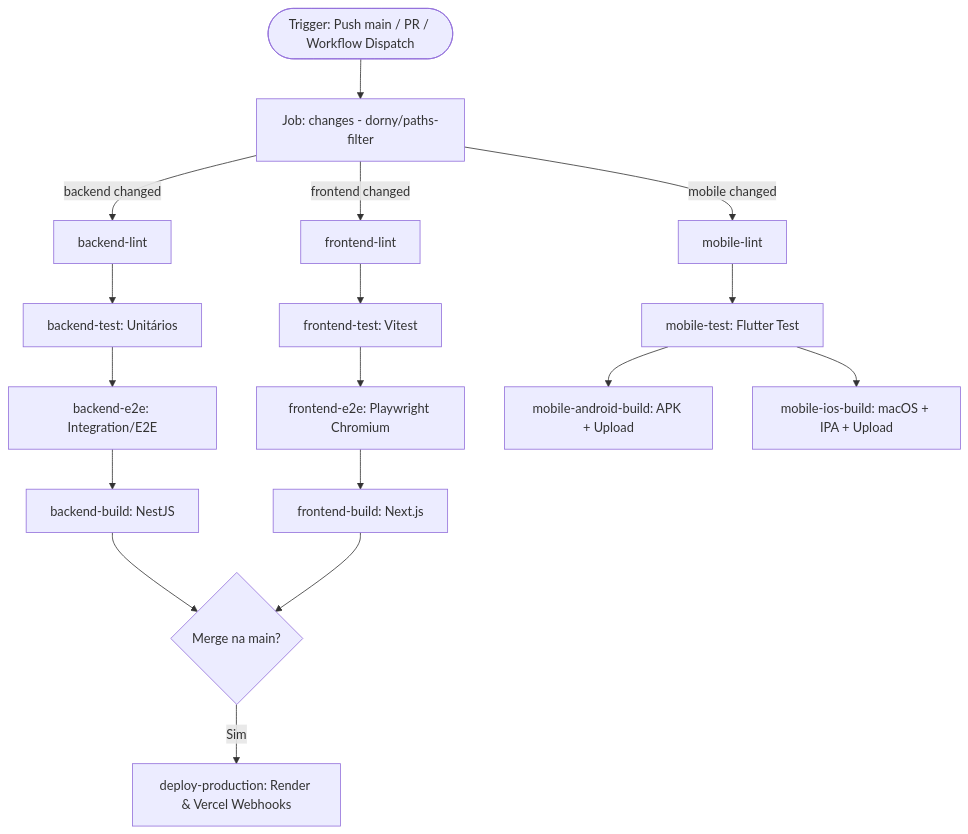
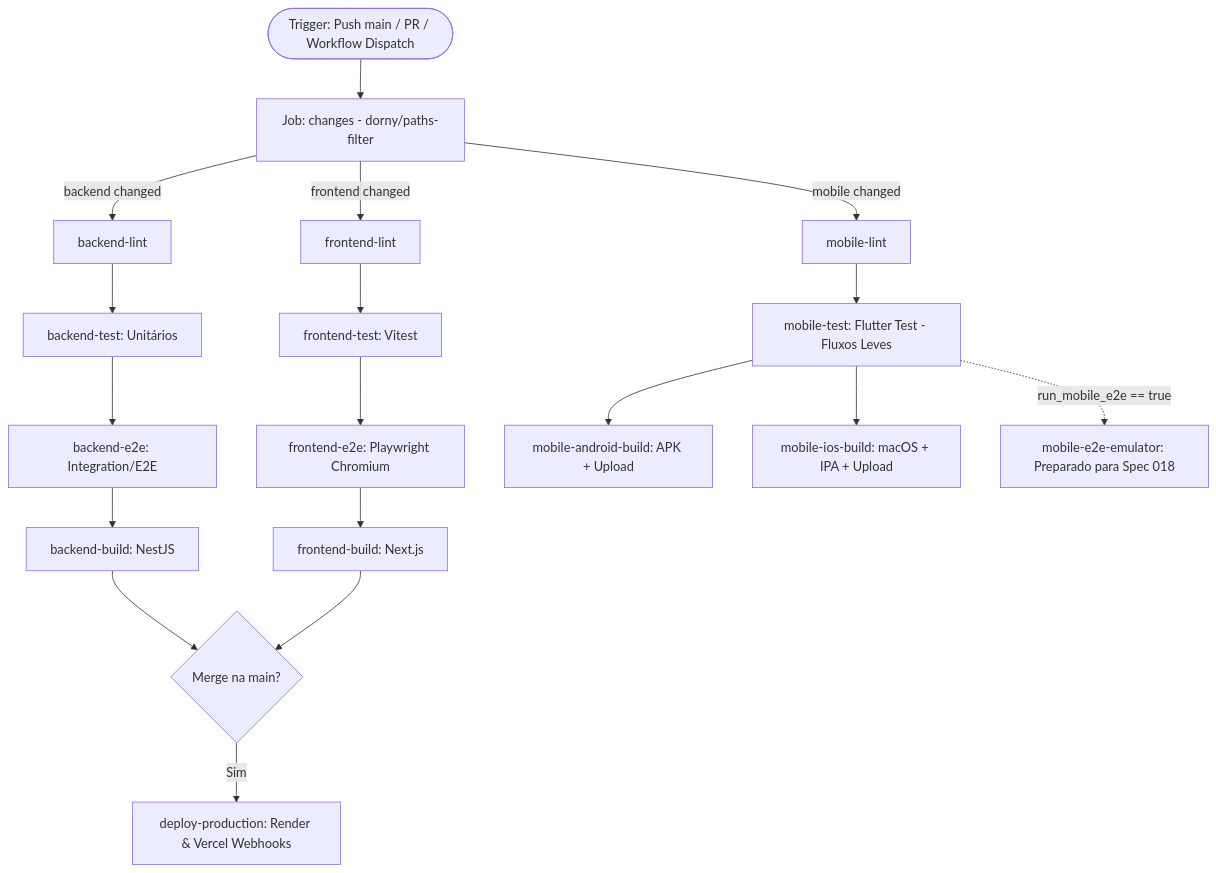
The diagram in specs/017-pipeline-cicd-unificado/plan.md (LucasDavid80/my-roadie-platform), drawn with Mermaid before and after one commit. The commit also changed other lines of this file and 2 other files, not shown here.

Commit message:
docs(ci): adicionar gancho e parametros para testes e2e mobile na spec 017

````diff
--- a/specs/017-pipeline-cicd-unificado/plan.md
+++ b/specs/017-pipeline-cicd-unificado/plan.md
@@ -7,24 +7,25 @@
 ```mermaid
 flowchart TD
     Trigger([Trigger: Push main / PR / Workflow Dispatch]) --> Changes[Job: changes - dorny/paths-filter]
 
     Changes -->|backend changed| BackendLint[backend-lint]
     Changes -->|frontend changed| FrontendLint[frontend-lint]
     Changes -->|mobile changed| MobileLint[mobile-lint]
 
     BackendLint --> BackendTest[backend-test: Unitários]
     BackendTest --> BackendE2E[backend-e2e: Integration/E2E]
     BackendE2E --> BackendBuild[backend-build: NestJS]
 
     FrontendLint --> FrontendTest[frontend-test: Vitest]
     FrontendTest --> FrontendE2E[frontend-e2e: Playwright Chromium]
     FrontendE2E --> FrontendBuild[frontend-build: Next.js]
 
-    MobileLint --> MobileTest[mobile-test: Flutter Test]
+    MobileLint --> MobileTest[mobile-test: Flutter Test - Fluxos Leves]
     MobileTest --> MobileAndroidBuild[mobile-android-build: APK + Upload]
     MobileTest --> MobileIosBuild[mobile-ios-build: macOS + IPA + Upload]
+    MobileTest -.->|run_mobile_e2e == true| MobileEmulatorE2E[mobile-e2e-emulator: Preparado para Spec 018]
 
     BackendBuild --> DeployCheck{Merge na main?}
     FrontendBuild --> DeployCheck
     DeployCheck -->|Sim| DeployProd[deploy-production: Render & Vercel Webhooks]
 ```
````
